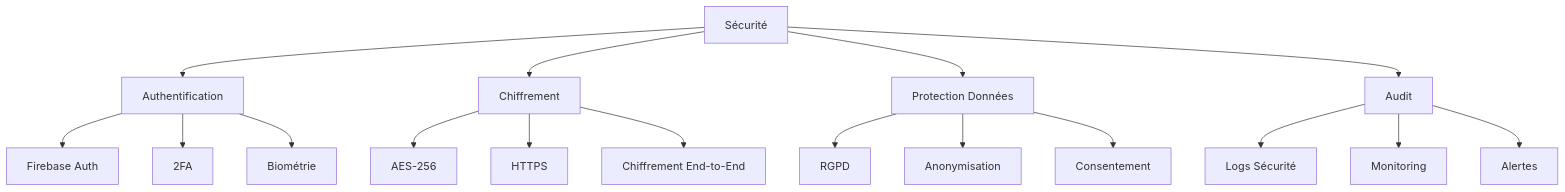
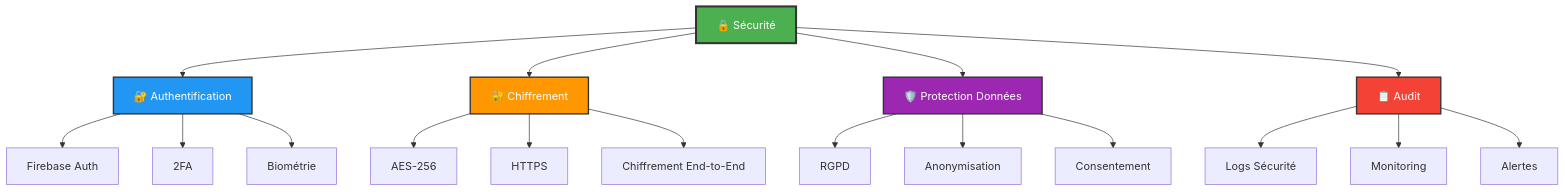
One commit to MaximeKELI/Projet-AGRICOLE changed diagram 13 of 13 in README.md. Above: the diagram before and after it, drawn with Mermaid. The commit also changed other lines of this file and 2 other files, not shown here.

````diff
--- a/README.md
+++ b/README.md
@@ -621,23 +1076,29 @@
 ```mermaid
 graph TD
-    A[Sécurité] --> B[Authentification]
-    A --> C[Chiffrement]
-    A --> D[Protection Données]
-    A --> E[Audit]
+    A[🔒 Sécurité] --> B[🔐 Authentification]
+    A --> C[🔐 Chiffrement]
+    A --> D[🛡️ Protection Données]
+    A --> E[📋 Audit]
     
     B --> F[Firebase Auth]
     B --> G[2FA]
     B --> H[Biométrie]
     
     C --> I[AES-256]
     C --> J[HTTPS]
     C --> K[Chiffrement End-to-End]
     
     D --> L[RGPD]
     D --> M[Anonymisation]
     D --> N[Consentement]
     
     E --> O[Logs Sécurité]
     E --> P[Monitoring]
     E --> Q[Alertes]
+    
+    style A fill:#4CAF50,stroke:#333,stroke-width:3px,color:#fff
+    style B fill:#2196F3,stroke:#333,stroke-width:2px,color:#fff
+    style C fill:#FF9800,stroke:#333,stroke-width:2px,color:#fff
+    style D fill:#9C27B0,stroke:#333,stroke-width:2px,color:#fff
+    style E fill:#F44336,stroke:#333,stroke-width:2px,color:#fff
 ```
````
